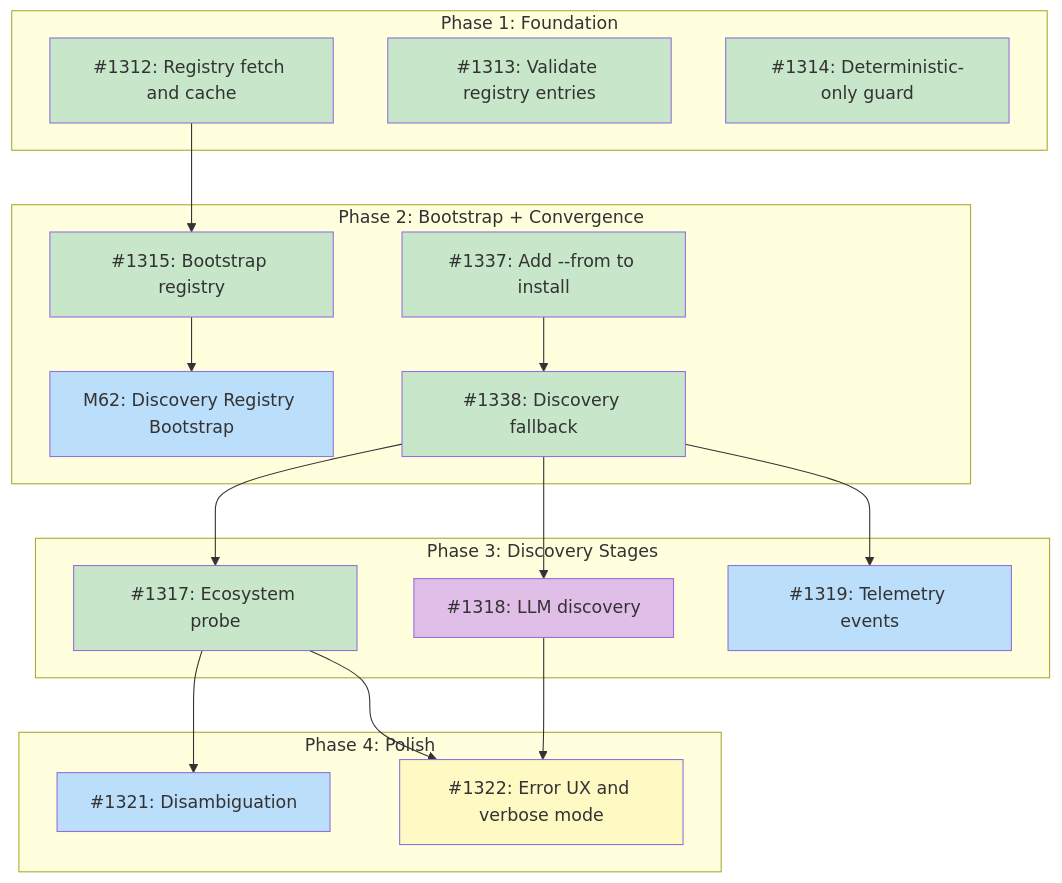
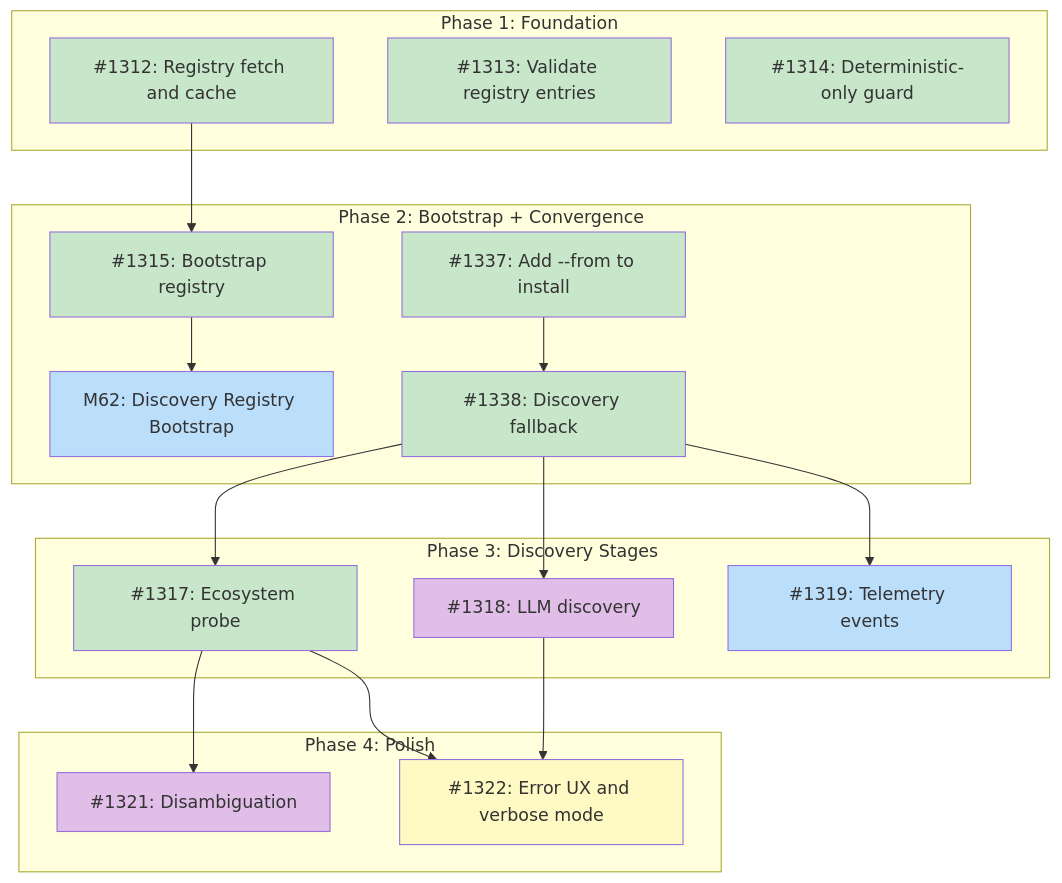
The diagram in docs/designs/DESIGN-discovery-resolver.md (tsukumogami/tsuku), drawn with Mermaid before and after one commit.

Commit message:
fix(docs): set I1321 to needsDesign to match label

````diff
--- a/docs/designs/DESIGN-discovery-resolver.md
+++ b/docs/designs/DESIGN-discovery-resolver.md
@@ -62,51 +62,51 @@
 ```mermaid
 graph TD
     subgraph Phase1["Phase 1: Foundation"]
         I1312["#1312: Registry fetch and cache"]
         I1313["#1313: Validate registry entries"]
         I1314["#1314: Deterministic-only guard"]
     end
 
     subgraph Phase2["Phase 2: Bootstrap + Convergence"]
         M62["M62: Discovery Registry Bootstrap"]
         I1315["#1315: Bootstrap registry"]
         I1337["#1337: Add --from to install"]
         I1338["#1338: Discovery fallback"]
     end
 
     subgraph Phase3["Phase 3: Discovery Stages"]
         I1317["#1317: Ecosystem probe"]
         I1318["#1318: LLM discovery"]
         I1319["#1319: Telemetry events"]
     end
 
     subgraph Phase4["Phase 4: Polish"]
         I1321["#1321: Disambiguation"]
         I1322["#1322: Error UX and verbose mode"]
     end
 
     I1312 --> I1315
     I1315 --> M62
     I1337 --> I1338
     I1338 --> I1317
     I1338 --> I1318
     I1338 --> I1319
     I1317 --> I1321
     I1317 --> I1322
     I1318 --> I1322
 
     classDef done fill:#c8e6c9
     classDef ready fill:#bbdefb
     classDef blocked fill:#fff9c4
     classDef needsDesign fill:#e1bee7
 
     class I1312,I1313,I1314 done
     class I1337,I1338 done
     class I1319 ready
     class I1317 done
     class I1318 needsDesign
     class M62 ready
     class I1315 done
-    class I1321 ready
+    class I1321 needsDesign
     class I1322 blocked
 ```
````
